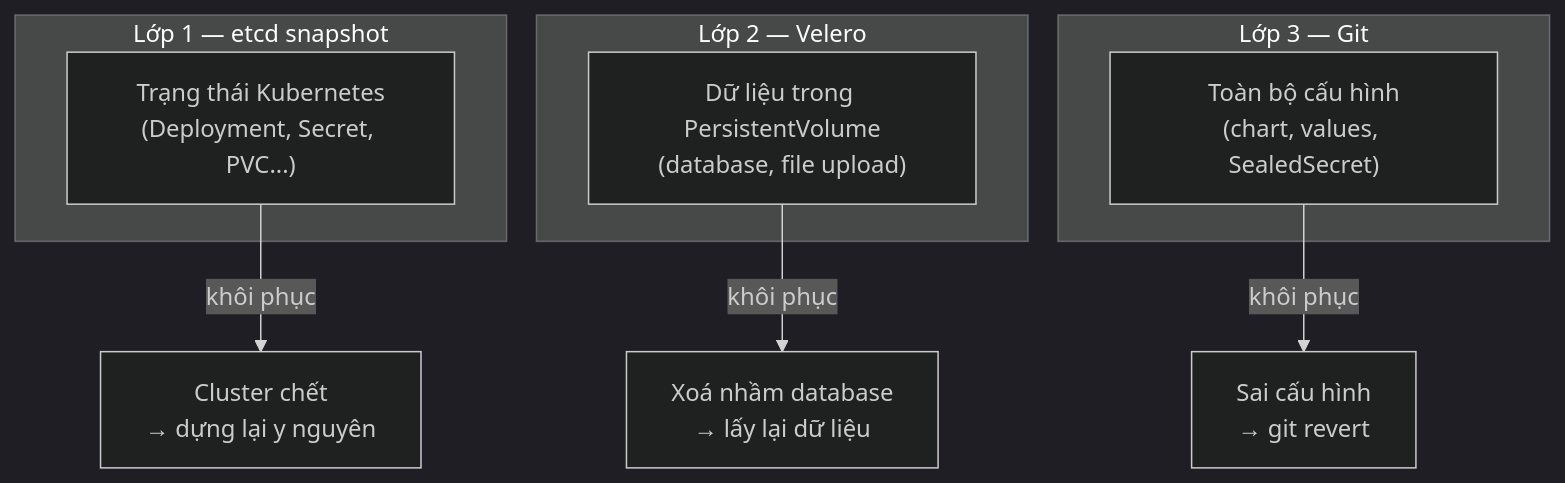
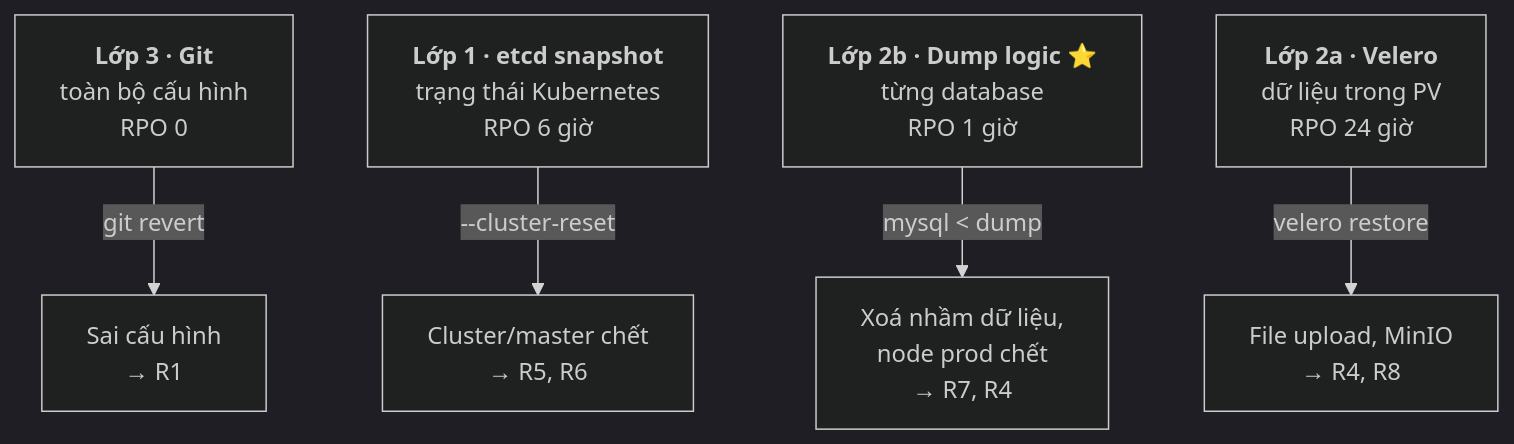
Before and after one commit to hunho247/HNQ-Infra: the diagram in docs/K3S_OPERATIONS.md, drawn with Mermaid (dark theme). The commit also changed other lines of this file and 4 other files, not shown here.

````diff
--- a/docs/K3S_OPERATIONS.md
+++ b/docs/K3S_OPERATIONS.md
@@ -601,16 +774,12 @@
 ```mermaid
 flowchart TB
-  subgraph L1["Lớp 1 — etcd snapshot"]
-    E["Trạng thái Kubernetes<br/>(Deployment, Secret, PVC...)"]
-  end
-  subgraph L2["Lớp 2 — Velero"]
-    V["Dữ liệu trong PersistentVolume<br/>(database, file upload)"]
-  end
-  subgraph L3["Lớp 3 — Git"]
-    G["Toàn bộ cấu hình<br/>(chart, values, SealedSecret)"]
-  end
+  G["<b>Lớp 3 · Git</b><br/>toàn bộ cấu hình<br/>RPO 0"]
+  E["<b>Lớp 1 · etcd snapshot</b><br/>trạng thái Kubernetes<br/>RPO 6 giờ"]
+  D["<b>Lớp 2b · Dump logic</b> ⭐<br/>từng database<br/>RPO 1 giờ"]
+  V["<b>Lớp 2a · Velero</b><br/>dữ liệu trong PV<br/>RPO 24 giờ"]
 
-  E -->|"khôi phục"| R1["Cluster chết<br/>→ dựng lại y nguyên"]
-  V -->|"khôi phục"| R2["Xoá nhầm database<br/>→ lấy lại dữ liệu"]
-  G -->|"khôi phục"| R3["Sai cấu hình<br/>→ git revert"]
+  G -->|"git revert"| R3["Sai cấu hình<br/>→ R1"]
+  E -->|"--cluster-reset"| R1["Cluster/master chết<br/>→ R5, R6"]
+  D -->|"mysql < dump"| R2["Xoá nhầm dữ liệu,<br/>node prod chết<br/>→ R7, R4"]
+  V -->|"velero restore"| R4["File upload, MinIO<br/>→ R4, R8"]
 ```
````
